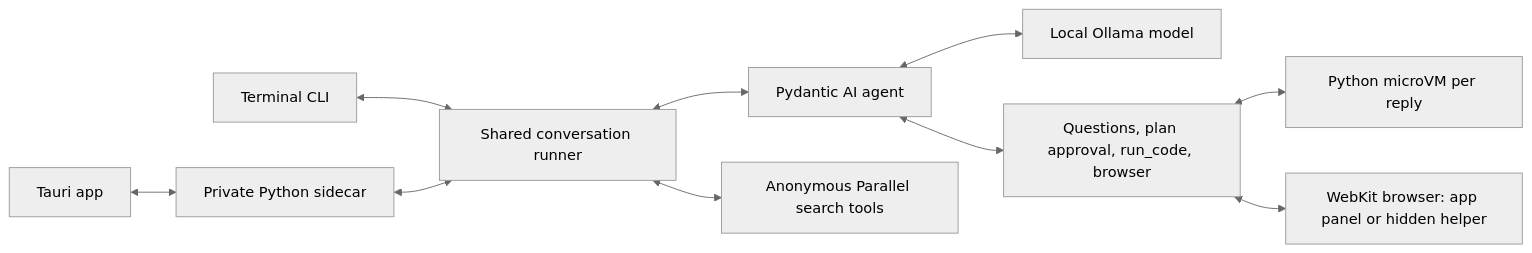
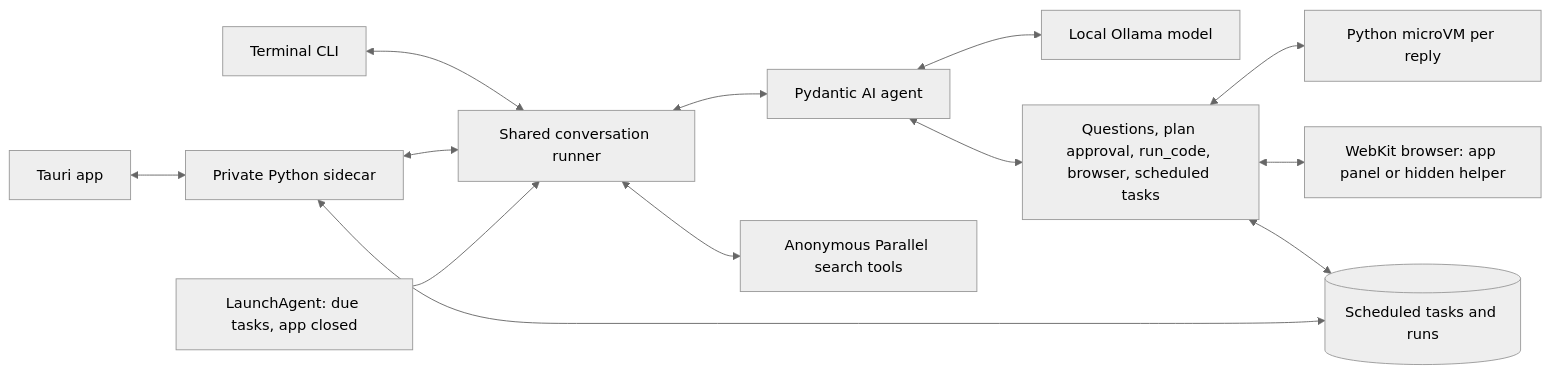
The diagram in README.md (raniendu/vikram), drawn with Mermaid (neutral theme) before and after one commit. The commit also changed other lines of this file and 2 other files, not shown here.

Commit message:
Document scheduled tasks and record their design

````diff
--- a/README.md
+++ b/README.md
@@ -312,12 +354,15 @@
 ```mermaid
 flowchart LR
     CLI[Terminal CLI] <--> Runner[Shared conversation runner]
     App[Tauri app] <--> Sidecar[Private Python sidecar]
     Sidecar <--> Runner
     Runner <--> Agent[Pydantic AI agent]
     Agent <--> Ollama[Local Ollama model]
     Runner <--> Parallel[Anonymous Parallel search tools]
-    Agent <--> Toolkit[Questions, plan approval, run_code, browser]
+    Agent <--> Toolkit[Questions, plan approval, run_code, browser, scheduled tasks]
     Toolkit <--> VM[Python microVM per reply]
     Toolkit <--> Browser[WebKit browser: app panel or hidden helper]
+    Toolkit <--> Tasks[(Scheduled tasks and runs)]
+    Launchd[LaunchAgent: due tasks, app closed] --> Runner
+    Sidecar <--> Tasks
 ```
````
